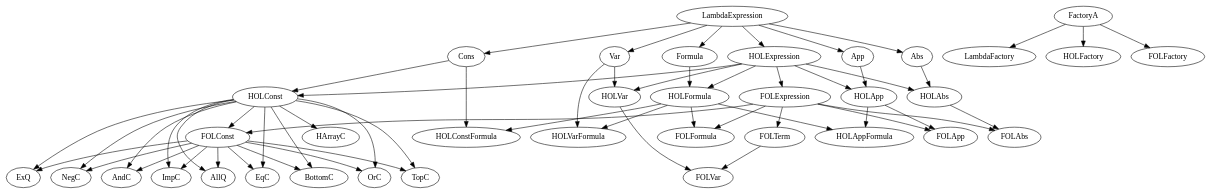
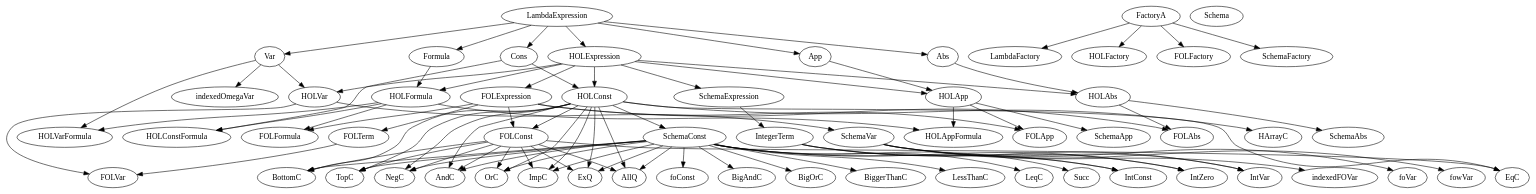
The diagram in doc/hierarchy.gv (mschlaipfer/gapt), drawn with Graphviz before and after one commit. The commit also changed 15 other files, not shown here.

```diff
--- a/doc/hierarchy.gv
+++ b/doc/hierarchy.gv
@@ -1,60 +1,92 @@
 # Command: dot hierarchy.gv -Tpng > hierarchy.png
 
 digraph G {
   LambdaExpression -> Var;
   LambdaExpression -> Cons;
   LambdaExpression -> App;
   LambdaExpression -> Abs;
   LambdaExpression -> Formula;
   LambdaExpression -> HOLExpression;
   FactoryA -> LambdaFactory;
   HOLExpression -> HOLFormula;
   FactoryA -> HOLFactory;
   Formula -> HOLFormula;
   HOLExpression -> HOLVar;
   Var -> HOLVar;
   HOLExpression -> HOLConst;
   Cons -> HOLConst;
   HOLFormula -> HOLVarFormula;
   Var -> HOLVarFormula;
   HOLFormula -> HOLConstFormula;
   Cons -> HOLConstFormula;
   App -> HOLApp;
   HOLExpression -> HOLApp;
   HOLApp -> HOLAppFormula;
   HOLFormula -> HOLAppFormula;
   Abs -> HOLAbs;
   HOLExpression -> HOLAbs;
   HOLConst -> BottomC;
   HOLConst -> TopC;
   HOLConst -> NegC;
   HOLConst -> AndC;
   HOLConst -> OrC;
   HOLConst -> ImpC;
   HOLConst -> HArrayC; 
   HOLConst -> ExQ;
   HOLConst -> AllQ;
   HOLConst -> EqC;
   HOLExpression -> FOLExpression;
   FOLExpression -> FOLFormula;
   HOLFormula -> FOLFormula;
   FOLExpression -> FOLTerm;
   HOLApp -> FOLApp;
   FOLExpression -> FOLApp;
   HOLAbs -> FOLAbs;
   FOLExpression -> FOLAbs;
   HOLVar -> FOLVar;
   FOLTerm -> FOLVar;
   HOLConst -> FOLConst;
   FOLExpression -> FOLConst;
   FOLConst -> TopC;
   FOLConst -> BottomC;
   FOLConst -> NegC;
   FOLConst -> AndC;
   FOLConst -> OrC;
   FOLConst -> ImpC;
   FOLConst -> EqC;
   FOLConst -> ExQ;
   FOLConst -> AllQ;
   FactoryA -> FOLFactory;
+  HOLExpression -> SchemaExpression;
+  HOLVar -> SchemaVar;
+  HOLConst -> SchemaConst;
+  HOLApp -> SchemaApp;
+  HOLAbs -> SchemaAbs;
+  SchemaExpression -> IntegerTerm;
+  IntegerTerm -> IntVar;
+  SchemaVar -> IntVar;
+  IntegerTerm -> IntConst;
+  SchemaConst -> IntConst;
+  IntegerTerm -> IntZero;
+  SchemaConst -> IntZero;
+  SchemaVar -> indexedFOVar;
+  Schema Var -> indexedOmegaVar;
+  SchemaVar -> foVar;
+  SchemaConst -> foConst;
+  SchemaVar -> fowVar;
+  SchemaConst -> TopC;
+  SchemaConst -> BottomC;
+  SchemaConst -> NegC;
+  SchemaConst -> AndC;
+  SchemaConst -> OrC;
+  SchemaConst -> ImpC;
+  SchemaConst -> ExQ;
+  SchemaConst -> AllQ;
+  SchemaConst -> BigAndC;
+  SchemaConst -> BigOrC;
+  SchemaConst -> BiggerThanC;
+  SchemaConst -> LessThanC;
+  SchemaConst -> LeqC;
+  SchemaConst -> Succ;
+  FactoryA -> SchemaFactory;
 }
```
